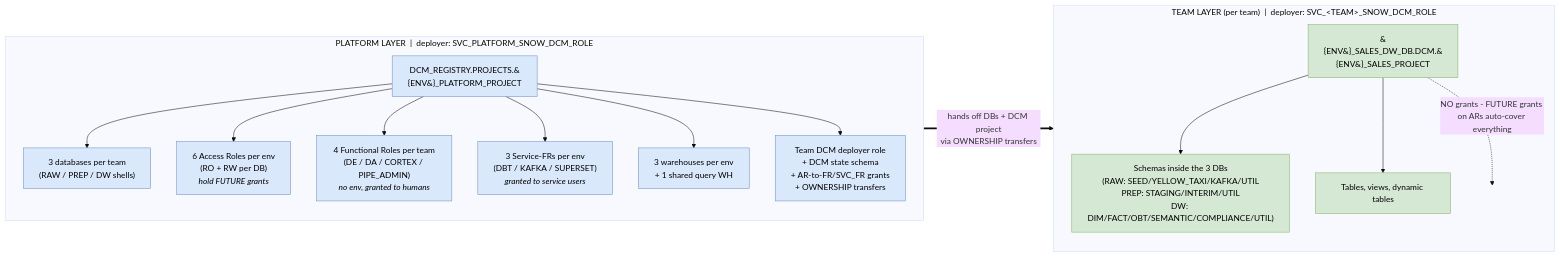
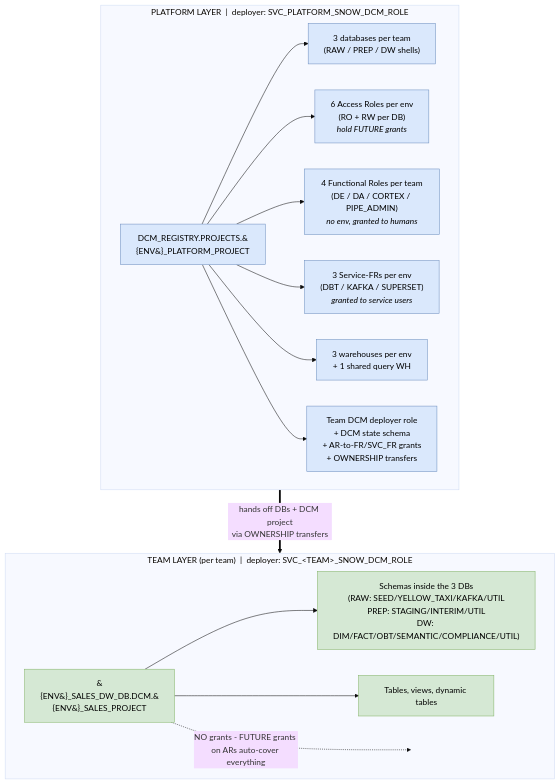
The first of 2 diagrams in snow-infra/dcm/README.md (entechlog/snowflake-examples), drawn with Mermaid (base theme) before and after one commit.

Commit message:
changes to flip architecture diagram layout
Outer flow back to TB (platform stacked above team), but each subgraph
now uses direction=LR so the children inside spread horizontally.
Result: a wide-but-short diagram where each layer is visually a single
horizontal row of boxes, and the platform/team relationship reads
top-to-bottom.

````diff
--- a/snow-infra/dcm/README.md
+++ b/snow-infra/dcm/README.md
@@ -28,30 +28,30 @@
 ```mermaid
-flowchart LR
+flowchart TB
     subgraph PLATFORM["PLATFORM LAYER &nbsp;|&nbsp; deployer: SVC_PLATFORM_SNOW_DCM_ROLE"]
-        direction TB
+        direction LR
         PP["DCM_REGISTRY.PROJECTS.&#123;ENV&#125;_PLATFORM_PROJECT"]
         PP --> DBS["3 databases per team<br/>(RAW / PREP / DW shells)"]
         PP --> AR["6 Access Roles per env<br/>(RO + RW per DB)<br/><i>hold FUTURE grants</i>"]
         PP --> FR["4 Functional Roles per team<br/>(DE / DA / CORTEX / PIPE_ADMIN)<br/><i>no env, granted to humans</i>"]
         PP --> SVCFR["3 Service-FRs per env<br/>(DBT / KAFKA / SUPERSET)<br/><i>granted to service users</i>"]
         PP --> WHS["3 warehouses per env<br/>+ 1 shared query WH"]
         PP --> SCAFF["Team DCM deployer role<br/>+ DCM state schema<br/>+ AR-to-FR/SVC_FR grants<br/>+ OWNERSHIP transfers"]
     end
 
     subgraph TEAM["TEAM LAYER (per team) &nbsp;|&nbsp; deployer: SVC_&lt;TEAM&gt;_SNOW_DCM_ROLE"]
-        direction TB
+        direction LR
         TP["&#123;ENV&#125;_SALES_DW_DB.DCM.&#123;ENV&#125;_SALES_PROJECT"]
         TP --> SCHEMAS["Schemas inside the 3 DBs<br/>(RAW: SEED/YELLOW_TAXI/KAFKA/UTIL<br/>PREP: STAGING/INTERIM/UTIL<br/>DW: DIM/FACT/OBT/SEMANTIC/COMPLIANCE/UTIL)"]
         TP --> TVS["Tables, views, dynamic tables"]
         TP -.->|"NO grants - FUTURE grants on ARs auto-cover everything"| NOGRANT[" "]
     end
 
     PLATFORM ==>|"hands off DBs + DCM project<br/>via OWNERSHIP transfers"| TEAM
 
     classDef platform fill:#dae8fc,stroke:#6c8ebf,color:#000
     classDef team fill:#d5e8d4,stroke:#82b366,color:#000
     classDef hidden fill:none,stroke:none
     class PP,DBS,AR,FR,SVCFR,WHS,SCAFF platform
     class TP,SCHEMAS,TVS team
     class NOGRANT hidden
 ```
````
